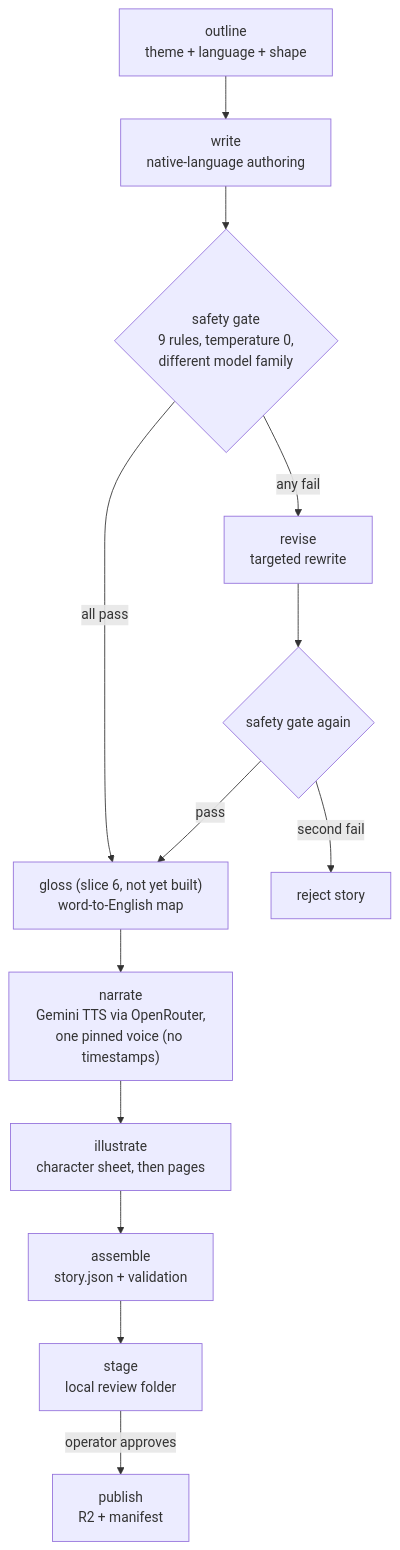
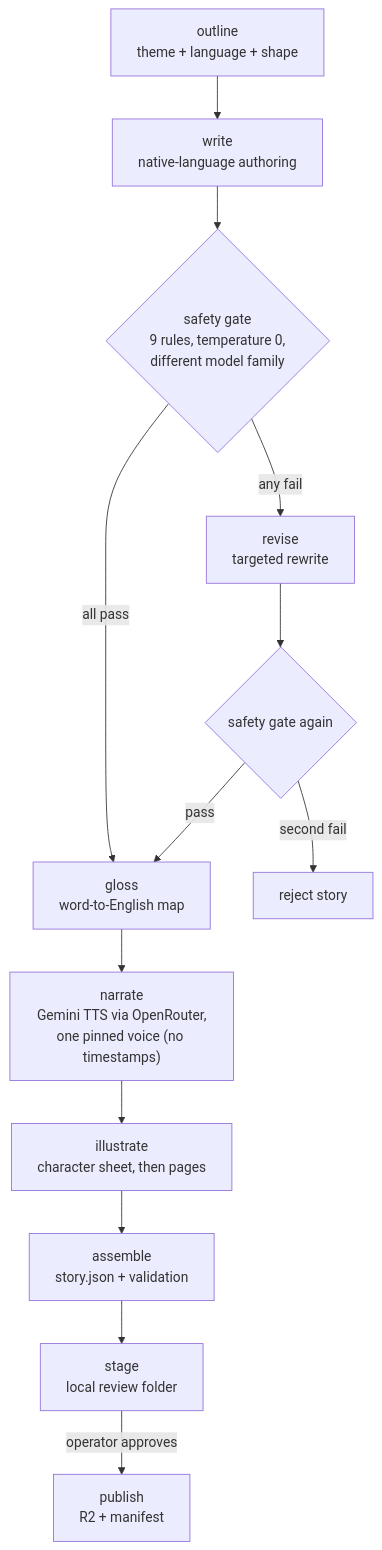
One commit to darth-dodo/cantastorie changed the second of 2 diagrams in docs/architecture.md. Above: the diagram before and after it, drawn with Mermaid. The commit also changed other lines of this file and 2 other files, not shown here.

Commit message:
docs: sync architecture and system overview with shipped reality

````diff
--- a/docs/architecture.md
+++ b/docs/architecture.md
@@ -139,15 +139,15 @@
 ```mermaid
 graph TD
     O["outline<br/>theme + language + shape"] --> W["write<br/>native-language authoring"]
     W --> S{"safety gate<br/>9 rules, temperature 0,<br/>different model family"}
-    S -- "all pass" --> G["gloss (slice 6, not yet built)<br/>word-to-English map"]
+    S -- "all pass" --> G["gloss<br/>word-to-English map"]
     S -- "any fail" --> RV["revise<br/>targeted rewrite"]
     RV --> S2{"safety gate again"}
     S2 -- "pass" --> G
     S2 -- "second fail" --> X["reject story"]
     G --> N["narrate<br/>Gemini TTS via OpenRouter,<br/>one pinned voice (no timestamps)"]
     N --> I["illustrate<br/>character sheet, then pages"]
     I --> A["assemble<br/>story.json + validation"]
     A --> ST["stage<br/>local review folder"]
     ST -- "operator approves" --> PB["publish<br/>R2 + manifest"]
 ```
````
